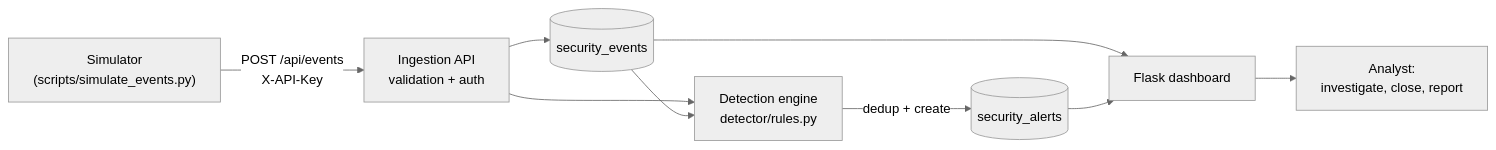
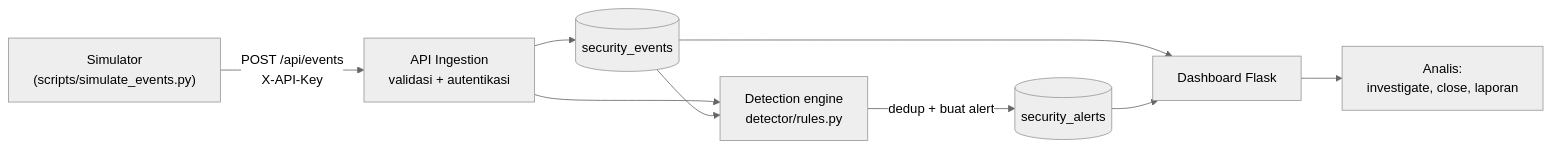
The diagram in README.md (ridezoldyck/MINI-SOC), drawn with Mermaid (neutral theme) before and after one commit. The commit also changed other lines of this file, not shown here.

````diff
--- a/README.md
+++ b/README.md
@@ -34,11 +36,11 @@
 ```mermaid
 flowchart LR
-    S["Simulator<br/>(scripts/simulate_events.py)"] -->|"POST /api/events<br/>X-API-Key"| API["Ingestion API<br/>validation + auth"]
+    S["Simulator<br/>(scripts/simulate_events.py)"] -->|"POST /api/events<br/>X-API-Key"| API["API Ingestion<br/>validasi + autentikasi"]
     API --> EV[("security_events")]
     API --> ENG["Detection engine<br/>detector/rules.py"]
     EV --> ENG
-    ENG -->|"dedup + create"| AL[("security_alerts")]
-    EV --> UI["Flask dashboard"]
+    ENG -->|"dedup + buat alert"| AL[("security_alerts")]
+    EV --> UI["Dashboard Flask"]
     AL --> UI
-    UI --> AN["Analyst:<br/>investigate, close, report"]
+    UI --> AN["Analis:<br/>investigate, close, laporan"]
 ```
````
